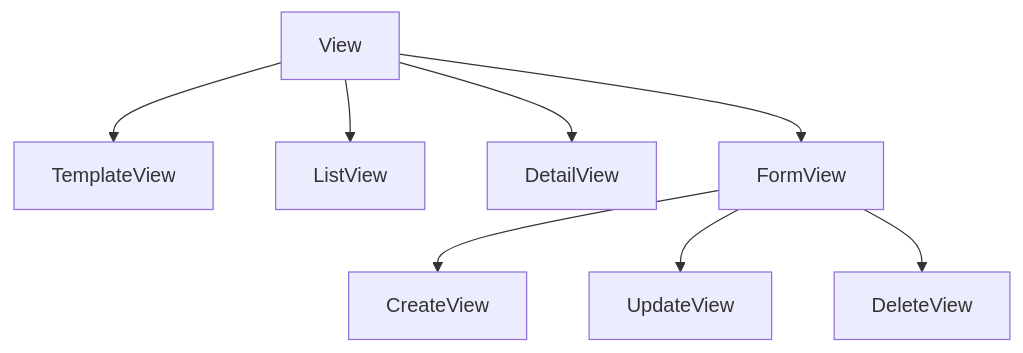
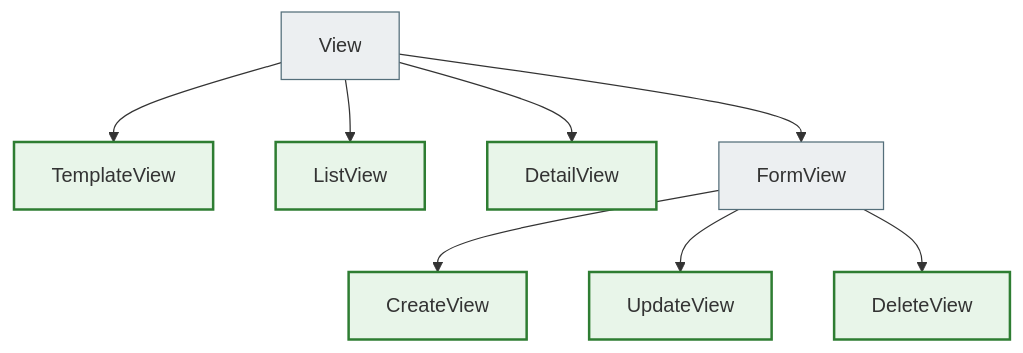
The second of 3 diagrams in docs/tutorials/README_4.md (NikoriakViktot/notes_chat_app), drawn with Mermaid before and after one commit. The commit also changed other lines of this file and 441 other files, not shown here.

First line of the commit message:
Add English version of the book, Mermaid standard, docs fixes

````diff
--- a/docs/tutorials/README_4.md
+++ b/docs/tutorials/README_4.md
@@ -145,10 +145,16 @@
 ```mermaid
 graph TD
     V[View] --> TV[TemplateView]
     V --> LV[ListView]
     V --> DV[DetailView]
     V --> FV[FormView]
     FV --> CV[CreateView]
     FV --> UV[UpdateView]
     FV --> DEL[DeleteView]
+
+    classDef step     fill:#eceff1,stroke:#546e7a,stroke-width:1px;
+    classDef success  fill:#e8f5e9,stroke:#2e7d32,stroke-width:2px;
+
+    class V,FV step;
+    class TV,LV,DV,CV,UV,DEL success;
 ```
````
